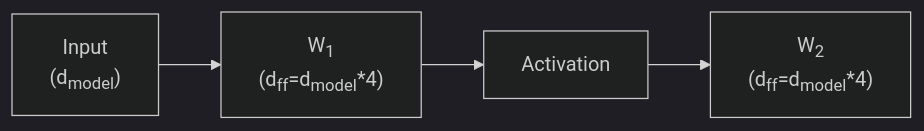
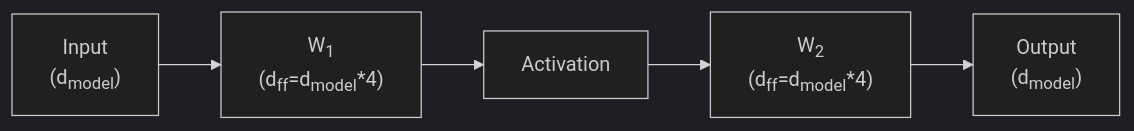
The third of 15 diagrams in index.md (ChrisZhu2050/chriszhu2050.github.io), drawn with Mermaid (dark theme) before and after one commit.

````diff
--- a/index.md
+++ b/index.md
@@ -138,9 +138,10 @@
   ```mermaid
     graph LR
         G["`Input
         (d<sub>model</sub>)`"]  --> 
         A["`W<sub>1</sub>
         (d<sub>ff</sub>=d<sub>model</sub>*4)`"]  --> B["`Activation`"] --> D["`W<sub>2</sub>
         (d<sub>ff</sub>=d<sub>model</sub>*4)
-        `"]
+        `"] --> E["`Output
+        (d<sub>model</sub>)`"]
   ```  
````
